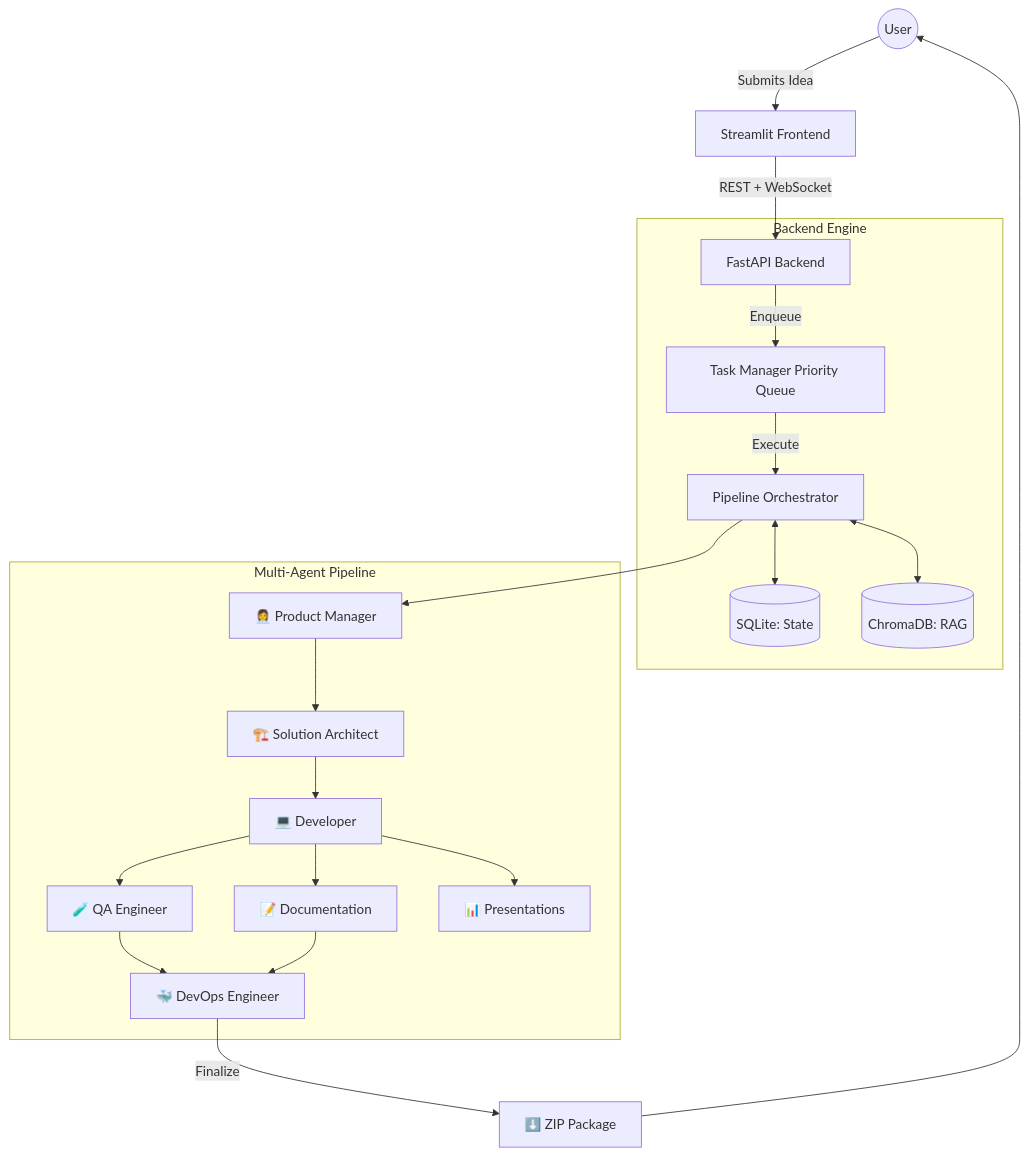
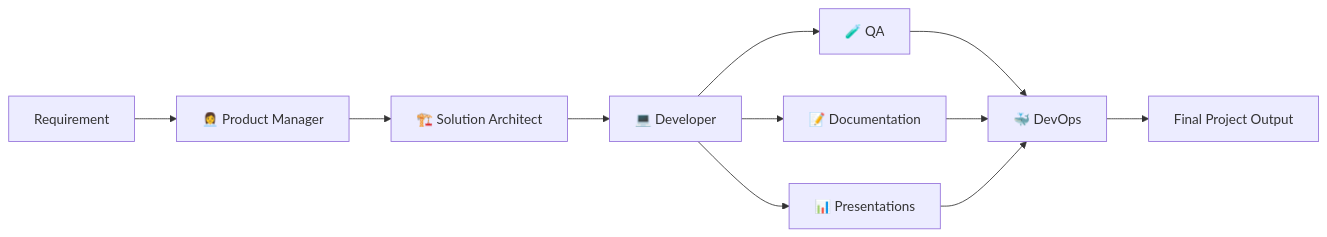
Before and after one commit to Abilash77/agentforge-agentic-ai: the second of 2 diagrams in README.md, drawn with Mermaid. The commit also changed other lines of this file, not shown here.

Commit message:
Polish AgentForge documentation and README

````diff
--- a/README.md
+++ b/README.md
@@ -33,34 +51,16 @@
 ```mermaid
-graph TD
-    %% User Interaction
-    User((User)) -->|Submits Idea| UI[Streamlit Frontend]
-    UI -->|REST + WebSocket| API[FastAPI Backend]
-
-    %% Backend Systems
-    subgraph Backend [Backend Engine]
-        API -->|Enqueue| TaskQueue[Task Manager Priority Queue]
-        TaskQueue -->|Execute| Orchestrator[Pipeline Orchestrator]
-        
-        %% Databases
-        Orchestrator <--> SQL[(SQLite: State)]
-        Orchestrator <--> Vector[(ChromaDB: RAG)]
-    end
-
-    %% Agent Pipeline
-    subgraph Pipeline [Multi-Agent Pipeline]
-        Orchestrator --> PM[👩‍💼 Product Manager]
-        PM --> Arch[🏗️ Solution Architect]
-        Arch --> Dev[💻 Developer]
-        
-        Dev --> QA[🧪 QA Engineer]
-        Dev --> Docs[📝 Documentation]
-        Dev --> PPT[📊 Presentations]
-        
-        QA --> DevOps[🐳 DevOps Engineer]
-        Docs --> DevOps
-    end
-
-    %% Output
-    DevOps -->|Finalize| ZIP[⬇️ ZIP Package]
-    ZIP --> User
+graph LR
+    Req[Requirement] --> PM[👩‍💼 Product Manager]
+    PM --> Arch[🏗️ Solution Architect]
+    Arch --> Dev[💻 Developer]
+    
+    Dev --> QA[🧪 QA]
+    Dev --> Docs[📝 Documentation]
+    Dev --> PPT[📊 Presentations]
+    
+    QA --> DevOps[🐳 DevOps]
+    Docs --> DevOps
+    PPT --> DevOps
+    
+    DevOps --> Out[Final Project Output]
 ```
````
